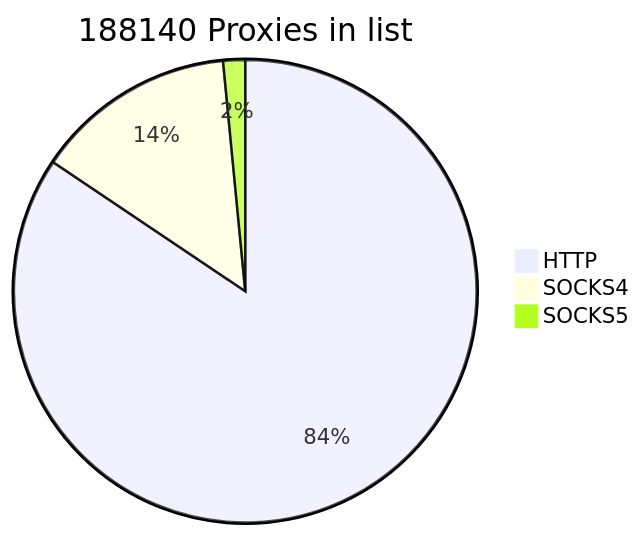
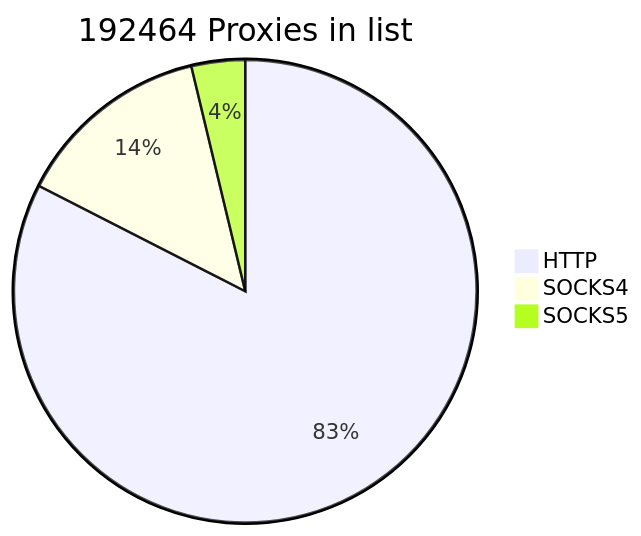
Before and after one commit to cutipu/proxylist: the first of 2 diagrams in README.md, drawn with Mermaid. The commit also changed other lines of this file, not shown here.

````diff
--- a/README.md
+++ b/README.md
@@ -2,7 +2,7 @@
 ```mermaid
-pie title 188140 Proxies in list
+pie title 192464 Proxies in list
     "HTTP" : 158814
-    "SOCKS4" : 26441
-    "SOCKS5" : 2885
+    "SOCKS4" : 26440
+    "SOCKS5" : 7210
             
 ```
````
